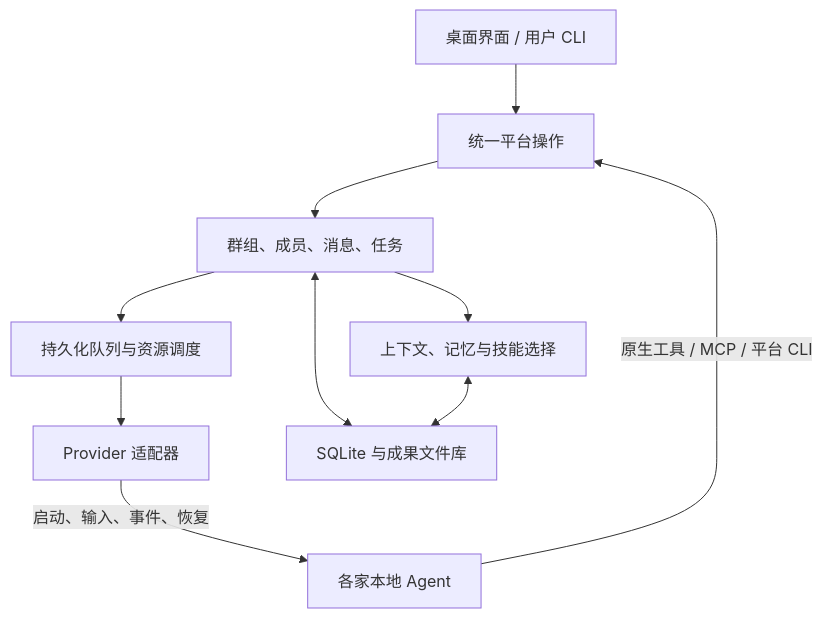
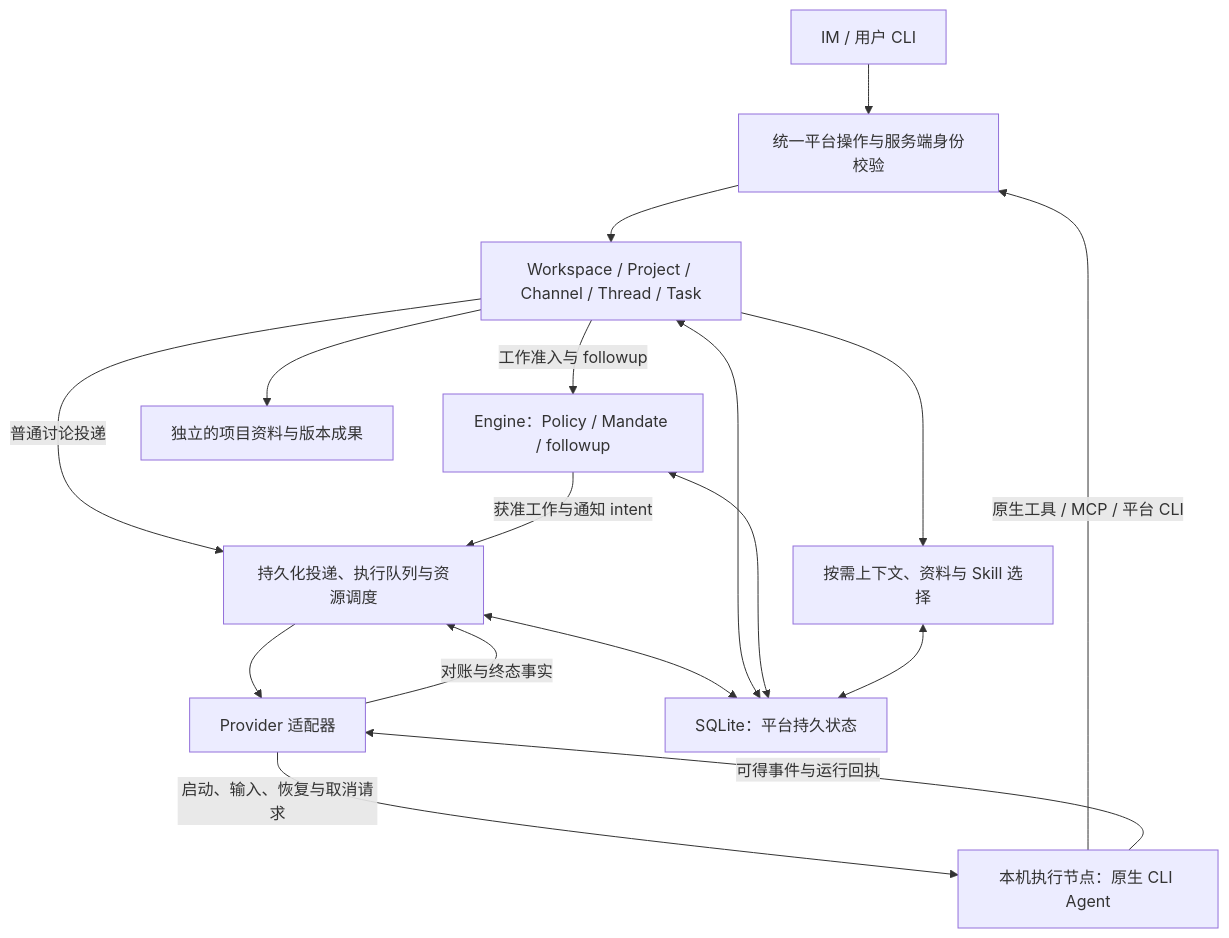
Before and after one commit to PeterFile/ct0x: the diagram in PRD.md, drawn with Mermaid. The commit also changed other lines of this file, not shown here.

Commit message:
docs: Define project-based agent collaboration

````diff
--- a/PRD.md
+++ b/PRD.md
@@ -27,12 +44,19 @@
 ```mermaid
 flowchart TB
-    UI["桌面界面 / 用户 CLI"] --> CMD["统一平台操作"]
-    AG["各家本地 Agent"] -- "原生工具 / MCP / 平台 CLI" --> CMD
-    CMD --> COL["群组、成员、消息、任务"]
-    COL --> QUE["持久化队列与资源调度"]
-    COL --> CTX["上下文、记忆与技能选择"]
+    UI["IM / 用户 CLI"] --> CMD["统一平台操作与服务端身份校验"]
+    AG["本机执行节点：原生 CLI Agent"] -- "原生工具 / MCP / 平台 CLI" --> CMD
+    CMD --> COL["Workspace / Project / Channel / Thread / Task"]
+    COL -- "工作准入与 followup" --> ENG["Engine：Policy / Mandate / followup"]
+    COL -- "普通讨论投递" --> QUE["持久化投递、执行队列与资源调度"]
+    ENG -- "获准工作与通知 intent" --> QUE
+    COL --> CTX["按需上下文、资料与 Skill 选择"]
     QUE --> AD["Provider 适配器"]
-    AD -- "启动、输入、事件、恢复" --> AG
-    COL <--> DB["SQLite 与成果文件库"]
+    AD -- "启动、输入、恢复与取消请求" --> AG
+    AG -- "可得事件与运行回执" --> AD
+    AD -- "对账与终态事实" --> QUE
+    QUE <--> DB["SQLite：平台持久状态"]
+    COL <--> DB
+    ENG <--> DB
     CTX <--> DB
+    COL --> ART["独立的项目资料与版本成果"]
 ```
````
